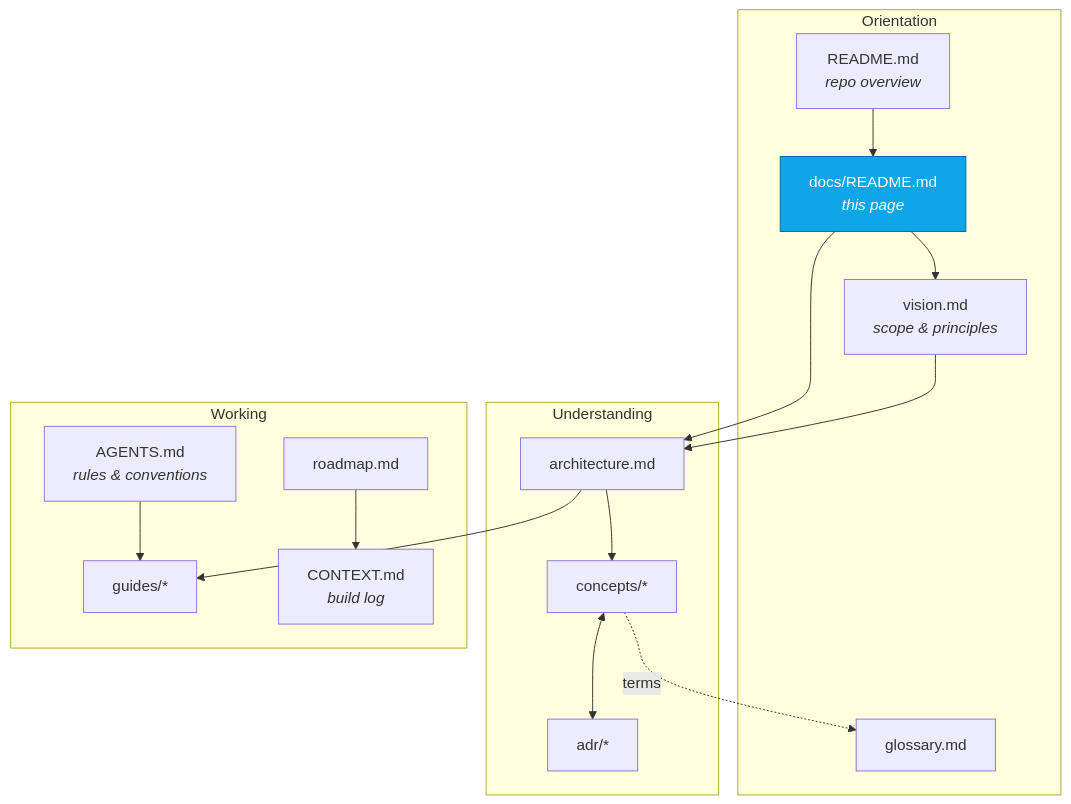
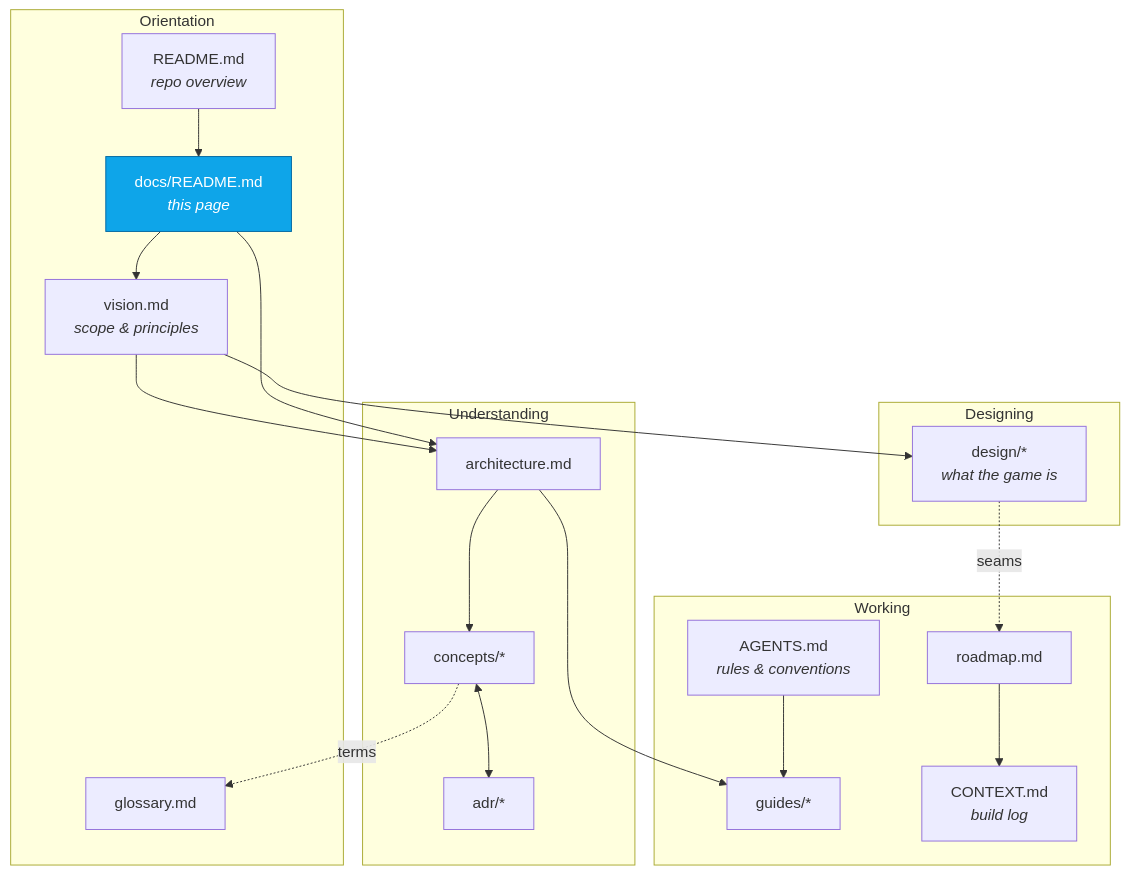
The second of 2 diagrams in docs/README.md (jonjaques/inertialref), drawn with Mermaid before and after one commit. The commit also changed other lines of this file and 24 other files, not shown here.

First line of the commit message:
docs: write the game design bible

````diff
--- a/docs/README.md
+++ b/docs/README.md
@@ -71,35 +94,41 @@
 ```mermaid
 flowchart TB
     subgraph Orientation
         RM[README.md<br/><i>repo overview</i>]
         DOC[docs/README.md<br/><i>this page</i>]
         VISION[vision.md<br/><i>scope & principles</i>]
         GLOS[glossary.md]
+    end
+
+    subgraph Designing
+        DESIGN[design/*<br/><i>what the game is</i>]
     end
 
     subgraph Understanding
         ARCH[architecture.md]
         CON[concepts/*]
         ADR[adr/*]
     end
 
     subgraph Working
         AG[AGENTS.md<br/><i>rules & conventions</i>]
         GUIDE[guides/*]
         CTX[CONTEXT.md<br/><i>build log</i>]
         ROAD[roadmap.md]
     end
 
     RM --> DOC
     DOC --> VISION
+    VISION --> DESIGN
+    DESIGN -.->|"seams"| ROAD
     VISION --> ARCH
     DOC --> ARCH
     ARCH --> CON
     CON <--> ADR
     ARCH --> GUIDE
     AG --> GUIDE
     ROAD --> CTX
     CON -.->|"terms"| GLOS
 
     style DOC fill:#0ea5e9,stroke:#0369a1,color:#fff
 ```
````
